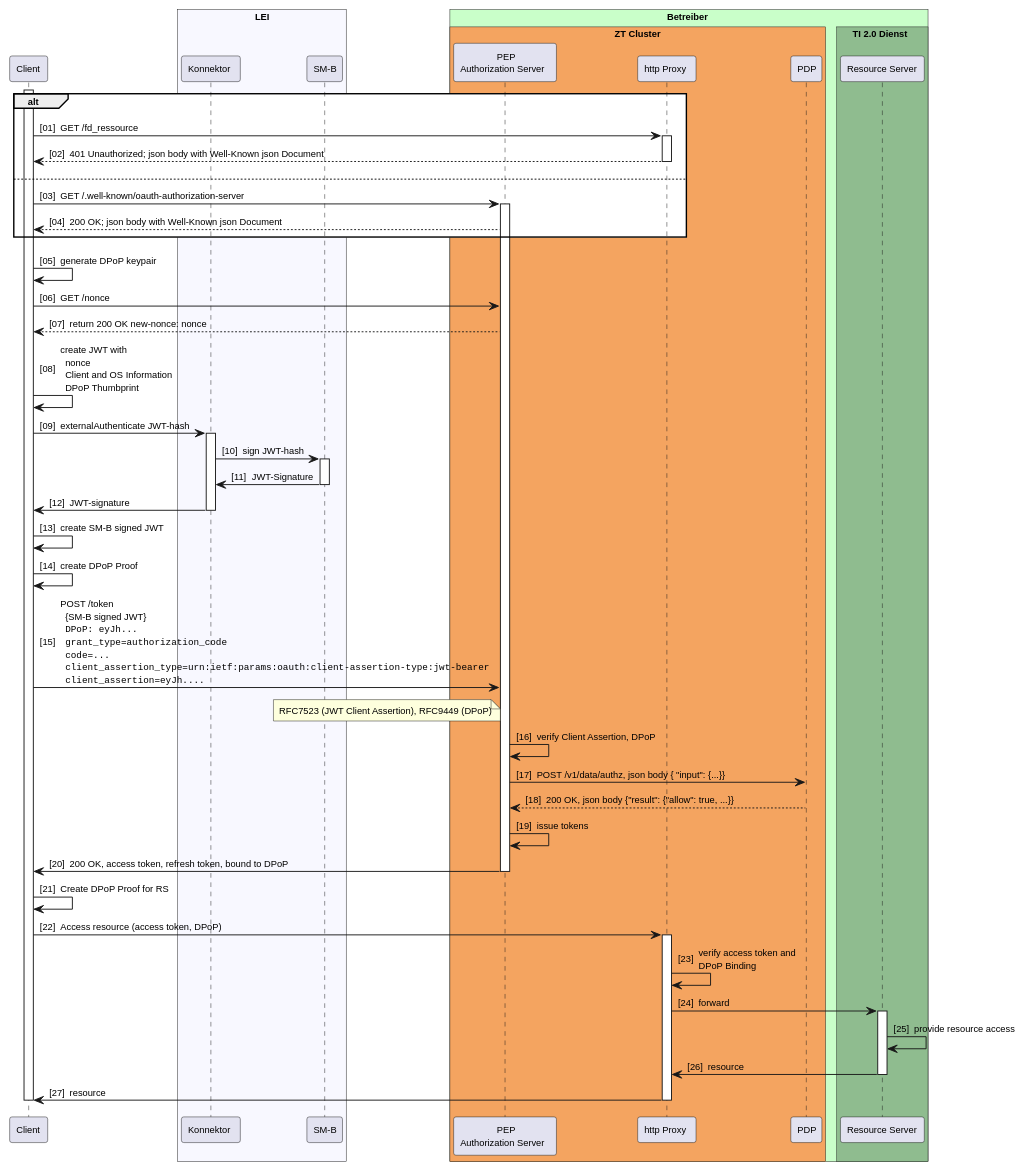
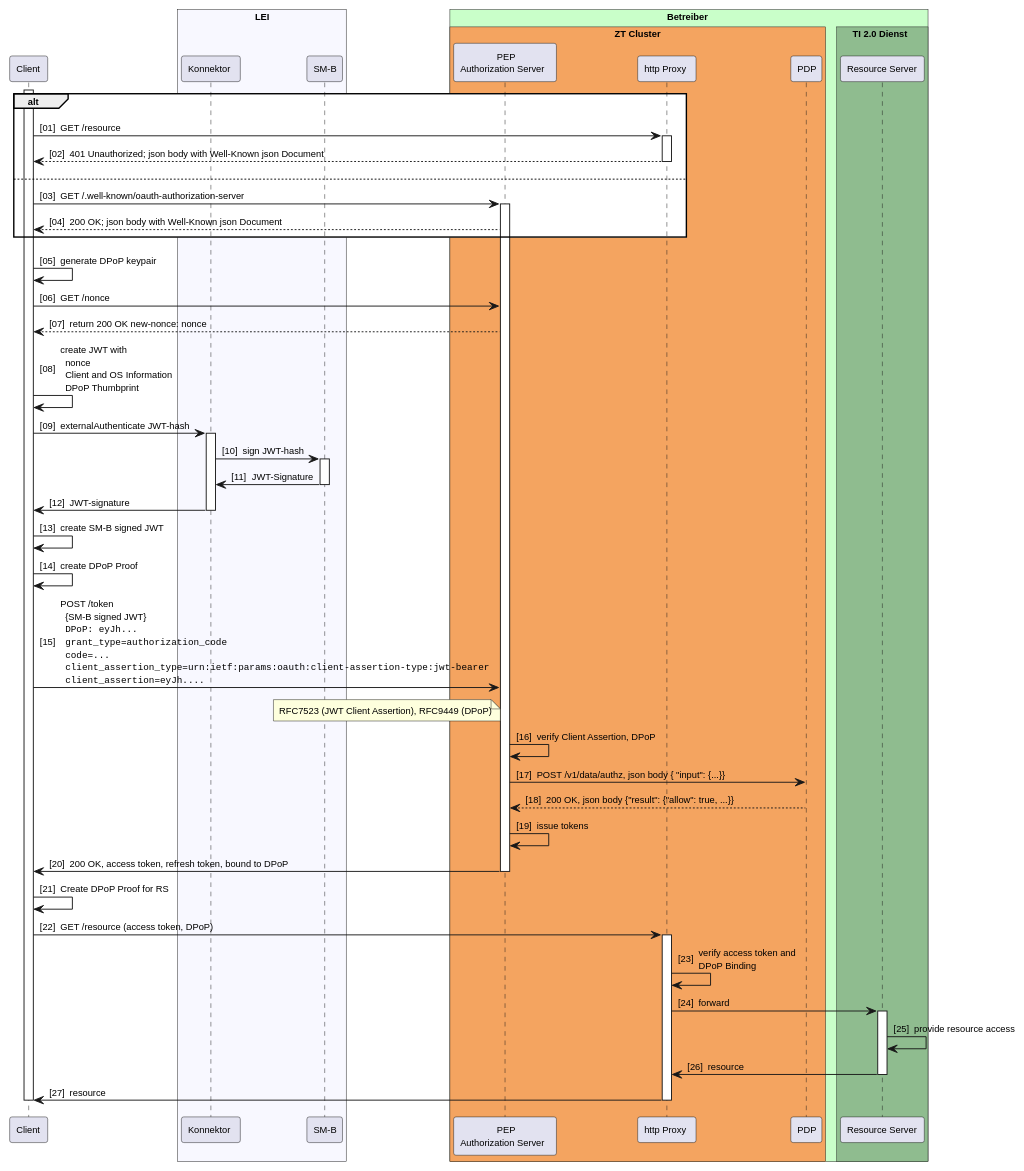
The diagram in src/plantuml/sm-b-auth.puml (gematik/spec-t20r), drawn with PlantUML before and after one commit.

```diff
--- a/src/plantuml/sm-b-auth.puml
+++ b/src/plantuml/sm-b-auth.puml
@@ -1,88 +1,88 @@
 @startuml "SM-B_Auth_with_DPoP"
 autonumber "[00]"
 skinparam defaultFontSize 10
 skinparam defaultFontName Helvetica
 skinparam DefaultMonospacedFontName Courier
 skinparam lengthAdjust none
 
 !pragma teoz true
 
 participant Client
 box "LEI" #GhostWhite
     participant Konnektor
     participant SMB as "SM-B"
 end box
 
 box "Betreiber" #TECHNOLOGY
     box "ZT Cluster" #SandyBrown
         participant AuthS as "PEP\nAuthorization Server" 
         participant HP as "http Proxy"
         participant PDP as "PDP"
     endbox
     box TI 2.0 Dienst #DarkSeaGreen
         participant RS as "Resource Server"
     endbox
 end box
 
 activate Client
 
 
 alt #White
-    Client -> HP: GET /fd_ressource
+    Client -> HP: GET /resource
     activate HP
     HP --> Client: 401 Unauthorized; json body with Well-Known json Document
     deactivate HP
 else 
     Client -> AuthS: GET /.well-known/oauth-authorization-server 
     activate AuthS
     AuthS --> Client: 200 OK; json body with Well-Known json Document
 end
 
 Client -> Client: generate DPoP keypair
 Client -> AuthS: GET /nonce
 AuthS --> Client: return 200 OK new-nonce: nonce
 Client -> Client: create JWT with\n  nonce\n  Client and OS Information\n  DPoP Thumbprint
 Client -> Konnektor: externalAuthenticate JWT-hash
 activate Konnektor
 Konnektor -> SMB: sign JWT-hash
 activate SMB
 SMB -> Konnektor: JWT-Signature
 deactivate SMB
 Konnektor -> Client: JWT-signature
 deactivate Konnektor
 
 Client -> Client: create SM-B signed JWT
 Client -> Client: create DPoP Proof
 Client -> AuthS: POST /token\n\
   {SM-B signed JWT}\n\
   ""DPoP: eyJh...""\n\
   ""grant_type=authorization_code""\n\
   ""code=...""\n\
   ""client_assertion_type=urn:ietf:params:oauth:client-assertion-type:jwt-bearer""\n\
   ""client_assertion=eyJh....""
 note left of AuthS
   RFC7523 (JWT Client Assertion), RFC9449 (DPoP)
 end note
 
 AuthS -> AuthS: verify Client Assertion, DPoP
 AuthS -> PDP: POST /v1/data/authz, json body {  "input": {...}} 
 PDP --> AuthS: 200 OK, json body {"result": {"allow": true, ...}}
 AuthS -> AuthS: issue tokens
 AuthS -> Client: 200 OK, access token, refresh token, bound to DPoP
 deactivate AuthS
 Client -> Client: Create DPoP Proof for RS
 
-Client -> HP: Access resource (access token, DPoP)
+Client -> HP: GET /resource (access token, DPoP)
 activate HP
 HP -> HP: verify access token and\nDPoP Binding
 HP -> RS: forward
 activate RS
 RS -> RS: provide resource access
 RS -> HP: resource
 deactivate RS
 HP -> Client: resource
 deactivate HP
 deactivate RS
 deactivate Client
 
 @enduml
```
